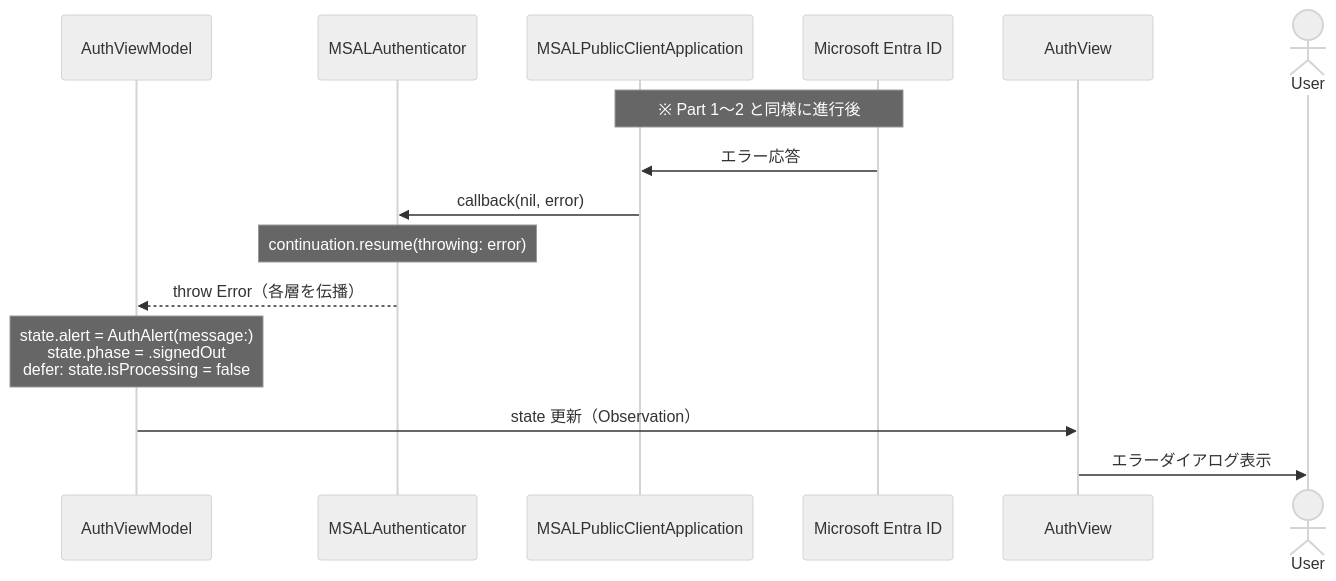
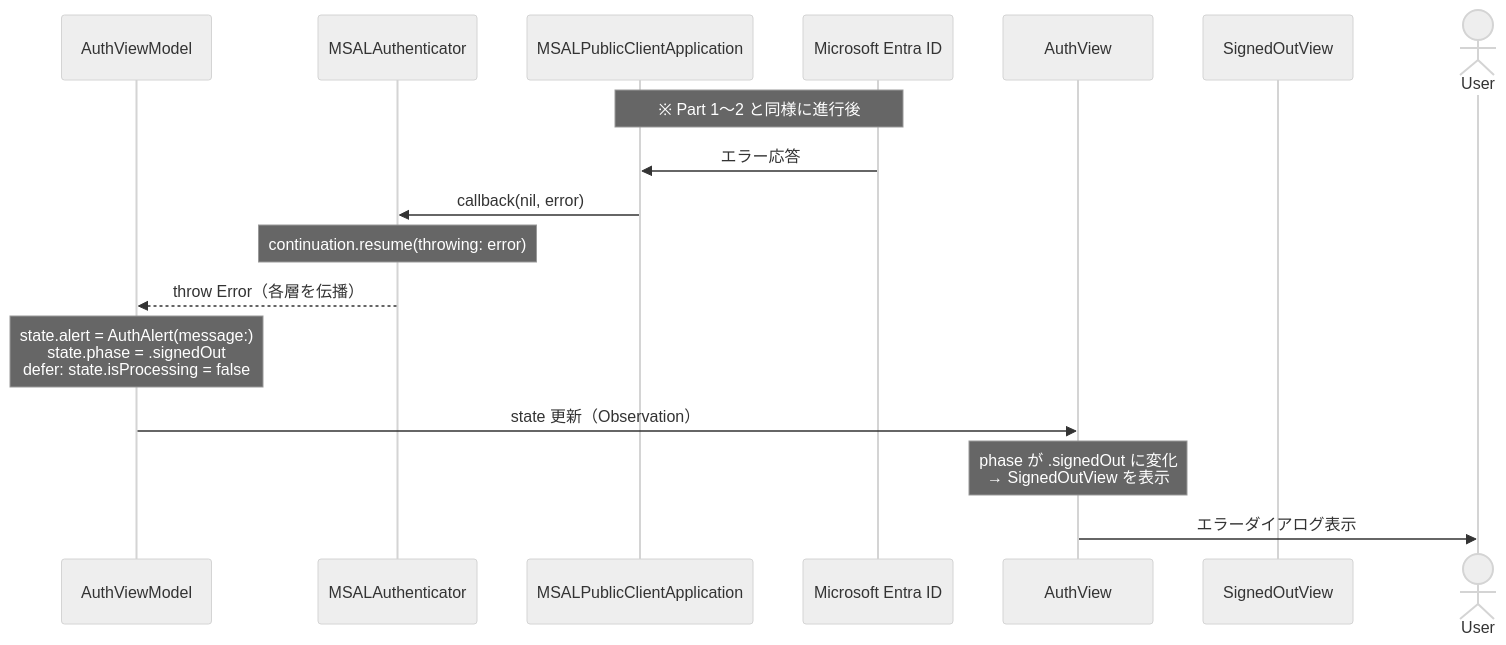
The third of 3 diagrams in Docs/sign-in-sequence.md (nakasho-dev/HowToEntraIos), drawn with Mermaid (neutral theme) before and after one commit. The commit also changed other lines of this file, not shown here.

Commit message:
Update sign-in sequence documentation to reflect changes in SignedOutView and SignedInOverlayView

````diff
--- a/Docs/sign-in-sequence.md
+++ b/Docs/sign-in-sequence.md
@@ -79,20 +84,22 @@
 ```mermaid
 sequenceDiagram
     participant VM as AuthViewModel
     participant Auth as MSALAuthenticator
     participant MSAL as MSALPublicClientApplication
     participant Entra as Microsoft Entra ID
     participant View as AuthView
+    participant SignedOut as SignedOutView
     actor User
 
     Note over MSAL,Entra: ※ Part 1〜2 と同様に進行後
 
     Entra->>MSAL: エラー応答
     MSAL->>Auth: callback(nil, error)
     Note over Auth: continuation.resume(throwing: error)
     Auth-->>VM: throw Error（各層を伝播）
 
     Note over VM: state.alert = AuthAlert(message:)<br/>state.phase = .signedOut<br/>defer: state.isProcessing = false
     VM->>View: state 更新（Observation）
+    Note over View: phase が .signedOut に変化<br/>→ SignedOutView を表示
     View->>User: エラーダイアログ表示
 ```
````
